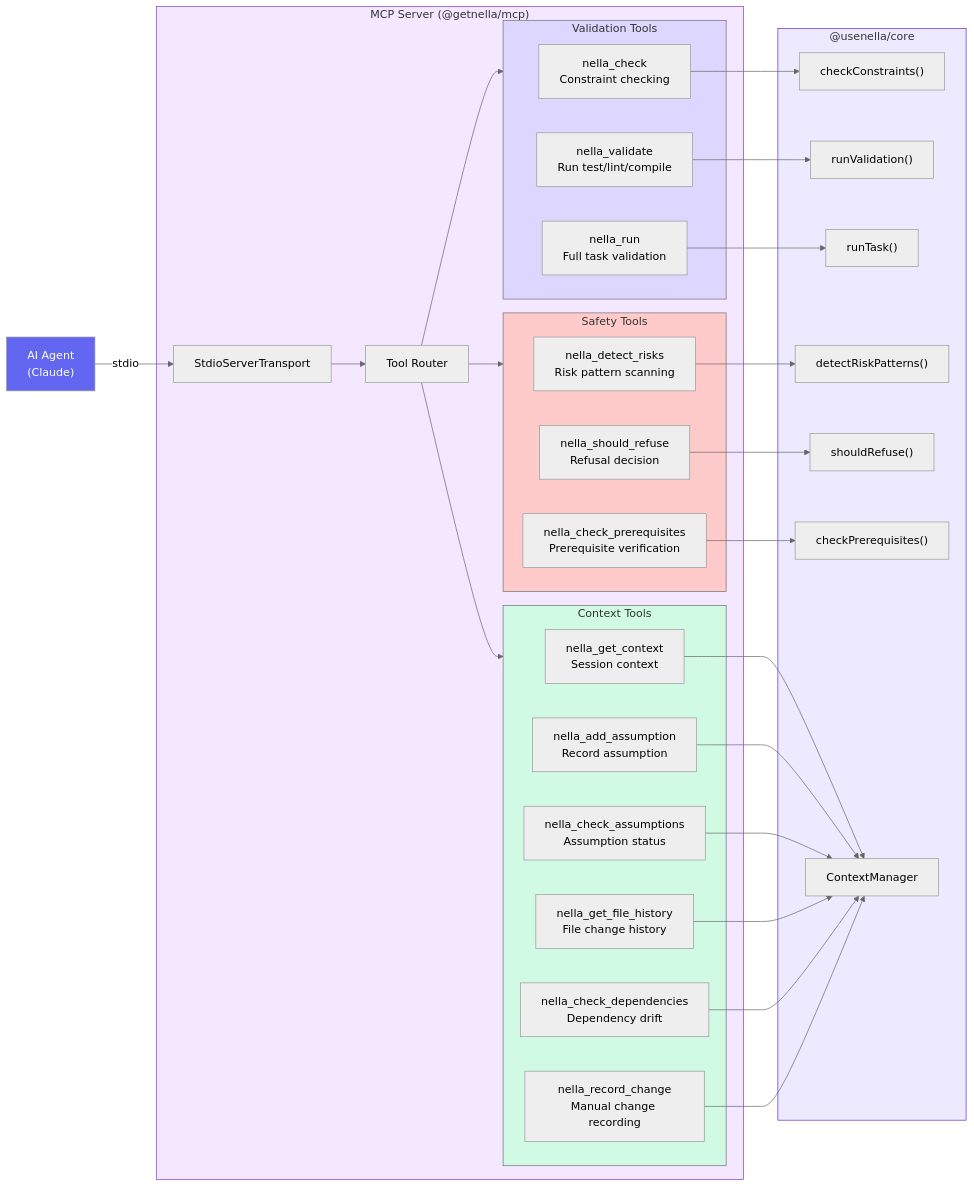
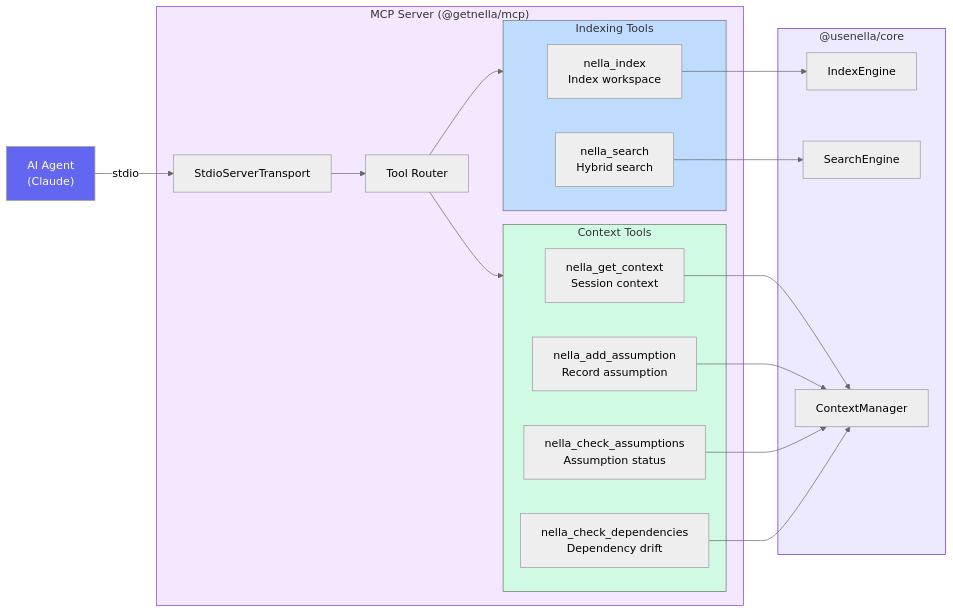
The first of 4 diagrams in docs/architecture/mcp-server.md (nella-labs/nella), drawn with Mermaid (neutral theme) before and after one commit. The commit also changed other lines of this file and 23 other files, not shown here.

````diff
--- a/docs/architecture/mcp-server.md
+++ b/docs/architecture/mcp-server.md
@@ -7,66 +7,45 @@
 ```mermaid
 graph LR
     Agent["AI Agent<br/>(Claude)"]
 
     subgraph server["MCP Server (@getnella/mcp)"]
         Transport["StdioServerTransport"]
         Router["Tool Router"]
 
-        subgraph validation_tools["Validation Tools"]
-            nella_check["nella_check<br/>Constraint checking"]
-            nella_validate["nella_validate<br/>Run test/lint/compile"]
-            nella_run["nella_run<br/>Full task validation"]
-        end
-
-        subgraph safety_tools["Safety Tools"]
-            nella_detect_risks["nella_detect_risks<br/>Risk pattern scanning"]
-            nella_should_refuse["nella_should_refuse<br/>Refusal decision"]
-            nella_check_prereqs["nella_check_prerequisites<br/>Prerequisite verification"]
+        subgraph indexing_tools["Indexing Tools"]
+            nella_index["nella_index<br/>Index workspace"]
+            nella_search["nella_search<br/>Hybrid search"]
         end
 
         subgraph context_tools["Context Tools"]
             nella_get_context["nella_get_context<br/>Session context"]
             nella_add_assumption["nella_add_assumption<br/>Record assumption"]
             nella_check_assumptions["nella_check_assumptions<br/>Assumption status"]
-            nella_get_file_history["nella_get_file_history<br/>File change history"]
             nella_check_deps["nella_check_dependencies<br/>Dependency drift"]
-            nella_record_change["nella_record_change<br/>Manual change recording"]
         end
     end
 
     subgraph core["@usenella/core"]
-        checkConstraints["checkConstraints()"]
-        runValidation["runValidation()"]
-        runTask["runTask()"]
-        detectRiskPatterns["detectRiskPatterns()"]
-        shouldRefuse["shouldRefuse()"]
-        checkPrereqs["checkPrerequisites()"]
+        IndexEngine["IndexEngine"]
+        SearchEngine["SearchEngine"]
         ContextMgr["ContextManager"]
     end
 
     Agent -->|"stdio"| Transport
     Transport --> Router
-    Router --> validation_tools
-    Router --> safety_tools
+    Router --> indexing_tools
     Router --> context_tools
 
-    nella_check --> checkConstraints
-    nella_validate --> runValidation
-    nella_run --> runTask
-    nella_detect_risks --> detectRiskPatterns
-    nella_should_refuse --> shouldRefuse
-    nella_check_prereqs --> checkPrereqs
+    nella_index --> IndexEngine
+    nella_search --> SearchEngine
     nella_get_context --> ContextMgr
     nella_add_assumption --> ContextMgr
     nella_check_assumptions --> ContextMgr
-    nella_get_file_history --> ContextMgr
     nella_check_deps --> ContextMgr
-    nella_record_change --> ContextMgr
 
     style Agent fill:#6366f1,color:#fff
     style server fill:#f3e8ff,stroke:#7c3aed
-    style validation_tools fill:#ddd6fe
-    style safety_tools fill:#fecaca
+    style indexing_tools fill:#bfdbfe
     style context_tools fill:#d1fae5
     style core fill:#ede9fe,stroke:#6d28d9
 ```
````
